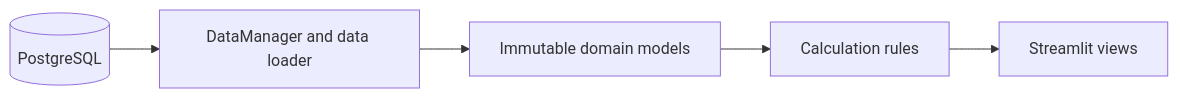
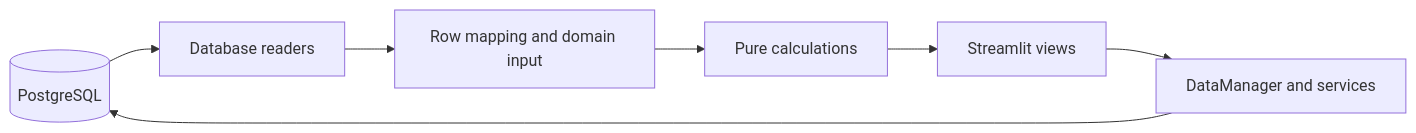
One commit to BaseMar/ProgressAnalyzer changed the diagram in README.md. Above: the diagram before and after it, drawn with Mermaid. The commit also changed other lines of this file and 21 other files, not shown here.

````diff
--- a/README.md
+++ b/README.md
@@ -727,7 +70,9 @@
 ```mermaid
 flowchart LR
-    DB[(PostgreSQL)] --> Load[DataManager and data loader]
-    Load --> Models[Immutable domain models]
-    Models --> Metrics[Calculation rules]
-    Metrics --> UI[Streamlit views]
+    DB[(PostgreSQL)] --> Reads[Database readers]
+    Reads --> Mapping[Row mapping and domain input]
+    Mapping --> Rules[Pure calculations]
+    Rules --> UI[Streamlit views]
+    UI --> Facade[DataManager and services]
+    Facade --> DB
 ```
````
